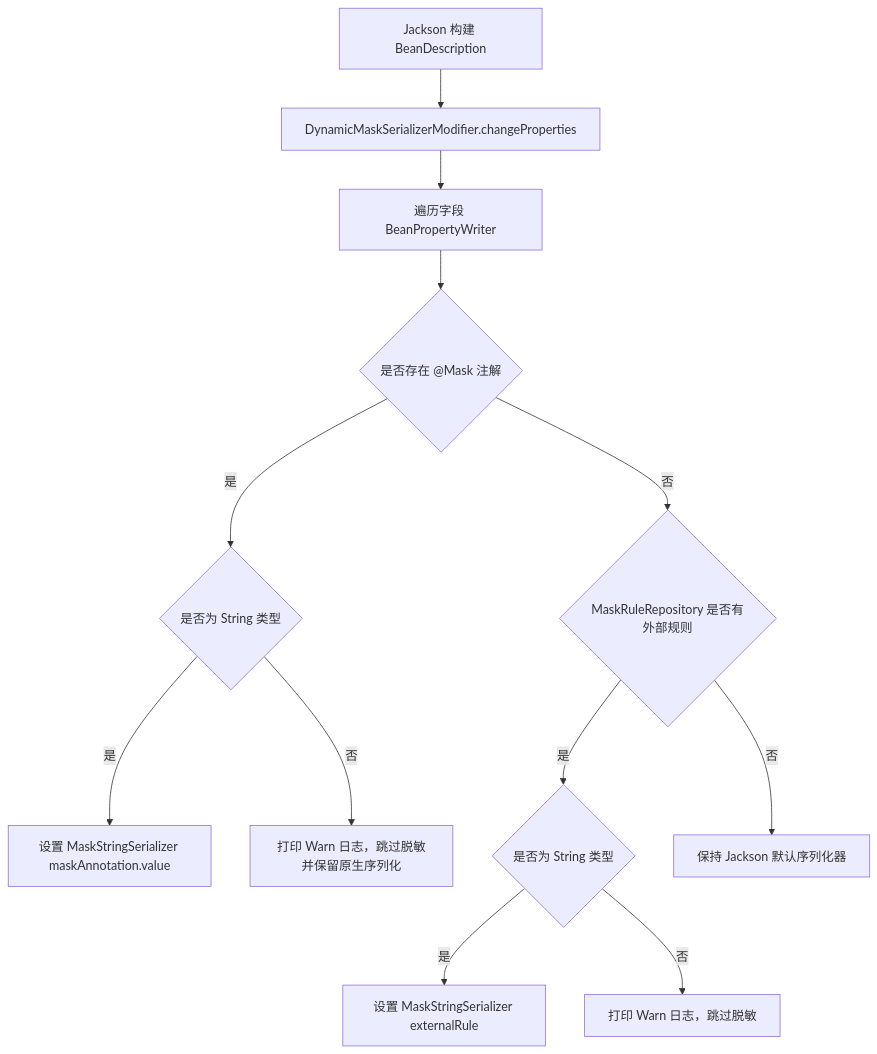
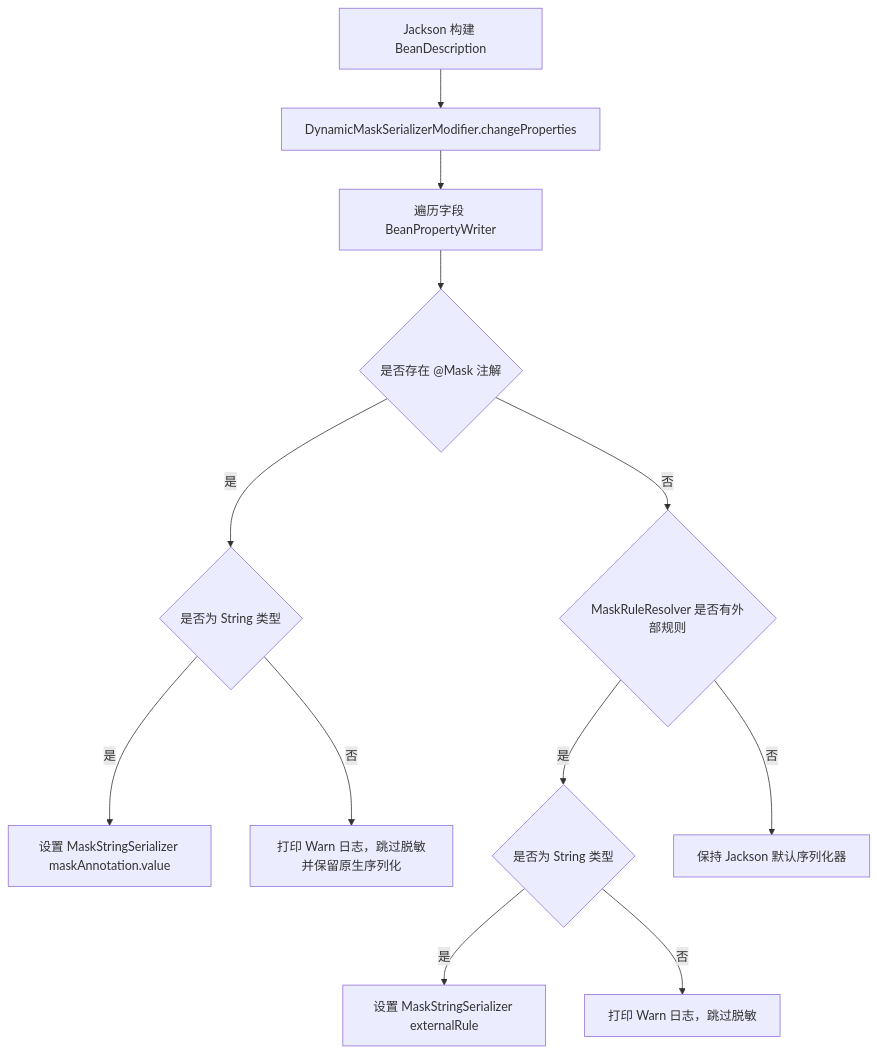
One commit to team4u/team4u-framework changed the diagram in docs/mask/mask-annotation.md. Above: the diagram before and after it, drawn with Mermaid. The commit also changed other lines of this file and 39 other files, not shown here.

````diff
--- a/docs/mask/mask-annotation.md
+++ b/docs/mask/mask-annotation.md
@@ -107,17 +107,17 @@
 ```mermaid
 graph TD
     Desc["Jackson 构建 BeanDescription"] --> Mod["DynamicMaskSerializerModifier.changeProperties"]
     
     Mod --> Loop["遍历字段 BeanPropertyWriter"]
     Loop --> CheckAnno{"是否存在 @Mask 注解"}
     
     CheckAnno -->|"是"| CheckStr1{"是否为 String 类型"}
     CheckStr1 -->|"是"| AssignAnno["设置 MaskStringSerializer maskAnnotation.value"]
     CheckStr1 -->|"否"| Warn1["打印 Warn 日志，跳过脱敏并保留原生序列化"]
     
-    CheckAnno -->|"否"| CheckRepo{"MaskRuleRepository 是否有外部规则"}
+    CheckAnno -->|"否"| CheckRepo{"MaskRuleResolver 是否有外部规则"}
     CheckRepo -->|"是"| CheckStr2{"是否为 String 类型"}
     CheckStr2 -->|"是"| AssignRepo["设置 MaskStringSerializer externalRule"]
     CheckStr2 -->|"否"| Warn2["打印 Warn 日志，跳过脱敏"]
     CheckRepo -->|"否"| Default["保持 Jackson 默认序列化器"]
 ```
````
